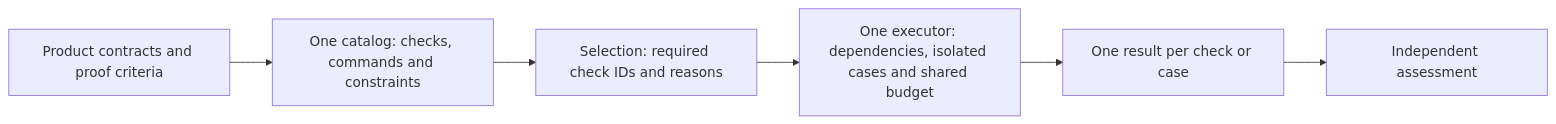
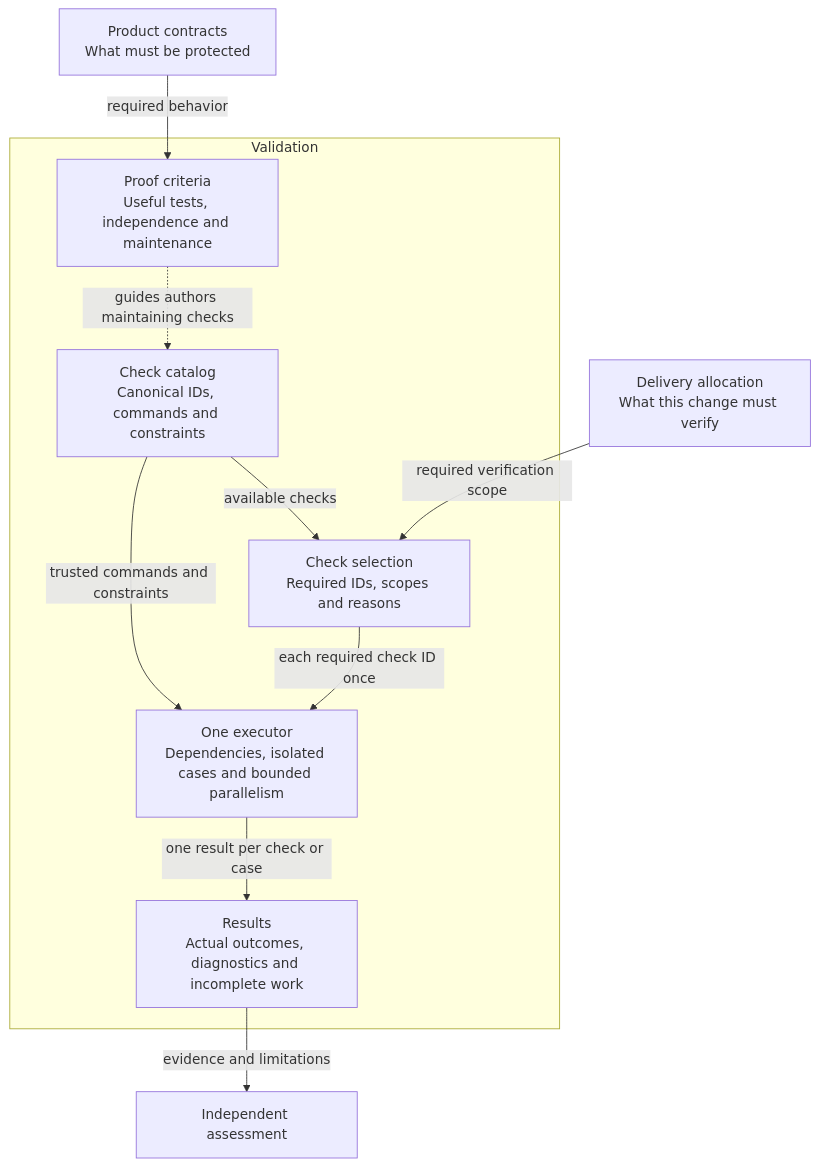
One commit to xiongxianfei/rigorloop changed the first of 2 diagrams in docs/design/engineering/validation.md. Above: the diagram before and after it, drawn with Mermaid. The commit also changed other lines of this file and 3 other files, not shown here.

Commit message:
design: use explicit validation architecture boundary graph

````diff
--- a/docs/design/engineering/validation.md
+++ b/docs/design/engineering/validation.md
@@ -88,8 +88,23 @@
 ```mermaid
-flowchart LR
-    Contracts["Product contracts and proof criteria"] --> Catalog["One catalog: checks, commands and constraints"]
-    Catalog --> Selection["Selection: required check IDs and reasons"]
-    Selection --> Executor["One executor: dependencies, isolated cases and shared budget"]
-    Executor --> Results["One result per check or case"]
-    Results --> Assessment["Independent assessment"]
+flowchart TB
+    Contracts["Product contracts<br/>What must be protected"]
+    Delivery["Delivery allocation<br/>What this change must verify"]
+
+    subgraph Validation["Validation"]
+        Criteria["Proof criteria<br/>Useful tests, independence and maintenance"]
+        Catalog["Check catalog<br/>Canonical IDs, commands and constraints"]
+        Selection["Check selection<br/>Required IDs, scopes and reasons"]
+        Executor["One executor<br/>Dependencies, isolated cases and bounded parallelism"]
+        Results["Results<br/>Actual outcomes, diagnostics and incomplete work"]
+
+        Criteria -.->|"guides authors maintaining checks"| Catalog
+        Catalog -->|"available checks"| Selection
+        Catalog -->|"trusted commands and constraints"| Executor
+        Selection -->|"each required check ID once"| Executor
+        Executor -->|"one result per check or case"| Results
+    end
+
+    Contracts -->|"required behavior"| Criteria
+    Delivery -->|"required verification scope"| Selection
+    Results -->|"evidence and limitations"| Assessment["Independent assessment"]
 ```
````
